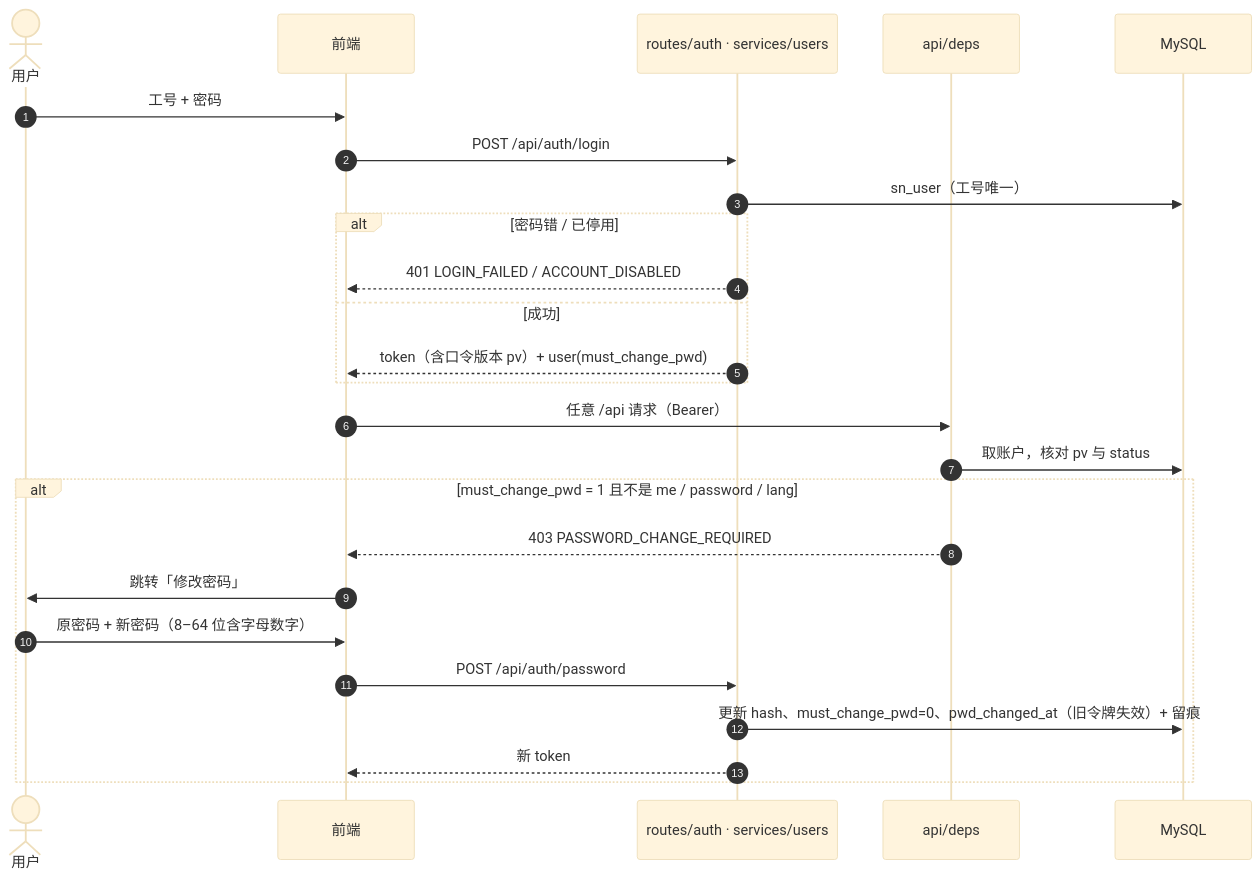
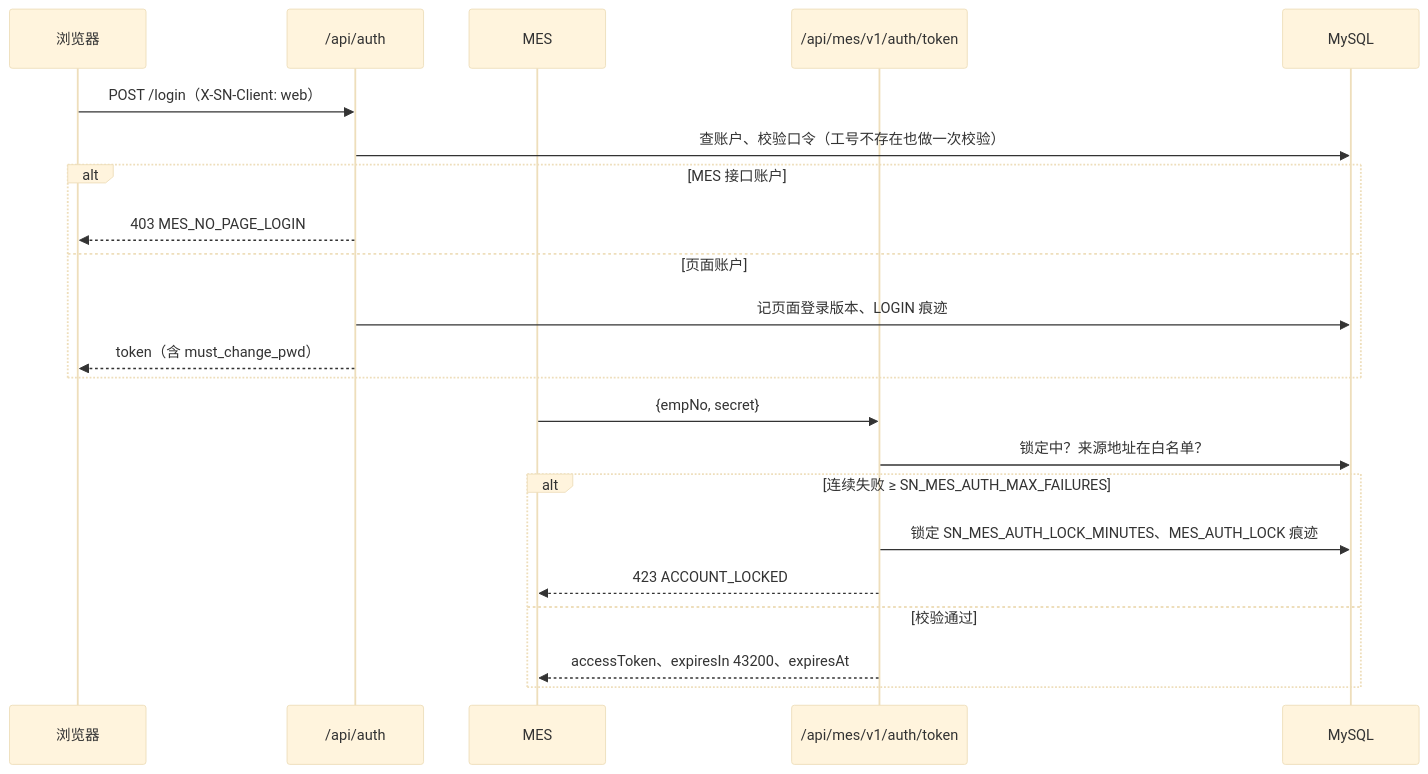
One commit to Createsnow/sn-center changed the fourth of 14 diagrams in docs/技术文档.md. Above: the diagram before and after it, drawn with Mermaid (base theme). The commit also changed other lines of this file and 83 other files, not shown here.

````diff
--- a/docs/技术文档.md
+++ b/docs/技术文档.md
@@ -144,27 +231,24 @@
 ```mermaid
 sequenceDiagram
-    autonumber
-    actor U as 用户
-    participant W as 前端
-    participant A as routes/auth · services/users
-    participant I as api/deps
+    participant U as 浏览器
+    participant API as /api/auth
+    participant MES as MES
+    participant M as /api/mes/v1/auth/token
     participant DB as MySQL
-    U->>W: 工号 + 密码
-    W->>A: POST /api/auth/login
-    A->>DB: sn_user（工号唯一）
-    alt 密码错 / 已停用
-        A-->>W: 401 LOGIN_FAILED / ACCOUNT_DISABLED
-    else 成功
-        A-->>W: token（含口令版本 pv）+ user(must_change_pwd)
+    U->>API: POST /login（X-SN-Client: web）
+    API->>DB: 查账户、校验口令（工号不存在也做一次校验）
+    alt MES 接口账户
+        API-->>U: 403 MES_NO_PAGE_LOGIN
+    else 页面账户
+        API->>DB: 记页面登录版本、LOGIN 痕迹
+        API-->>U: token（含 must_change_pwd）
     end
-    W->>I: 任意 /api 请求（Bearer）
-    I->>DB: 取账户，核对 pv 与 status
-    alt must_change_pwd = 1 且不是 me / password / lang
-        I-->>W: 403 PASSWORD_CHANGE_REQUIRED
-        W->>U: 跳转「修改密码」
-        U->>W: 原密码 + 新密码（8–64 位含字母数字）
-        W->>A: POST /api/auth/password
-        A->>DB: 更新 hash、must_change_pwd=0、pwd_changed_at（旧令牌失效）+ 留痕
-        A-->>W: 新 token
+    MES->>M: {empNo, secret}
+    M->>DB: 锁定中？来源地址在白名单？
+    alt 连续失败 ≥ SN_MES_AUTH_MAX_FAILURES
+        M->>DB: 锁定 SN_MES_AUTH_LOCK_MINUTES、MES_AUTH_LOCK 痕迹
+        M-->>MES: 423 ACCOUNT_LOCKED
+    else 校验通过
+        M-->>MES: accessToken、expiresIn 43200、expiresAt
     end
 ```
````
